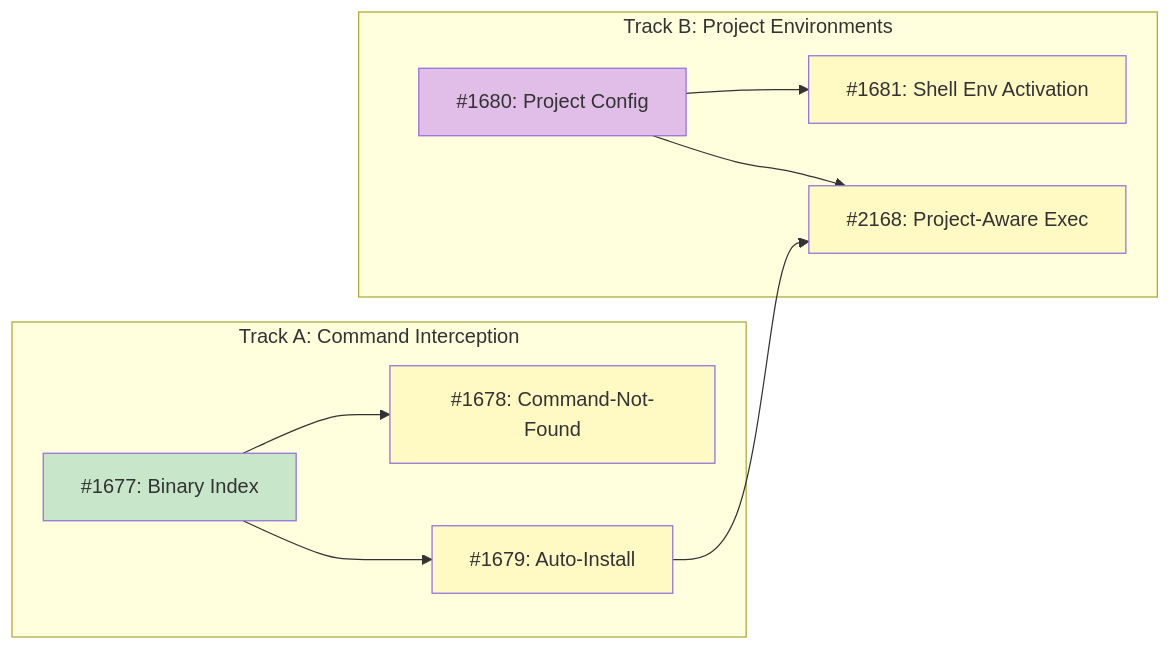
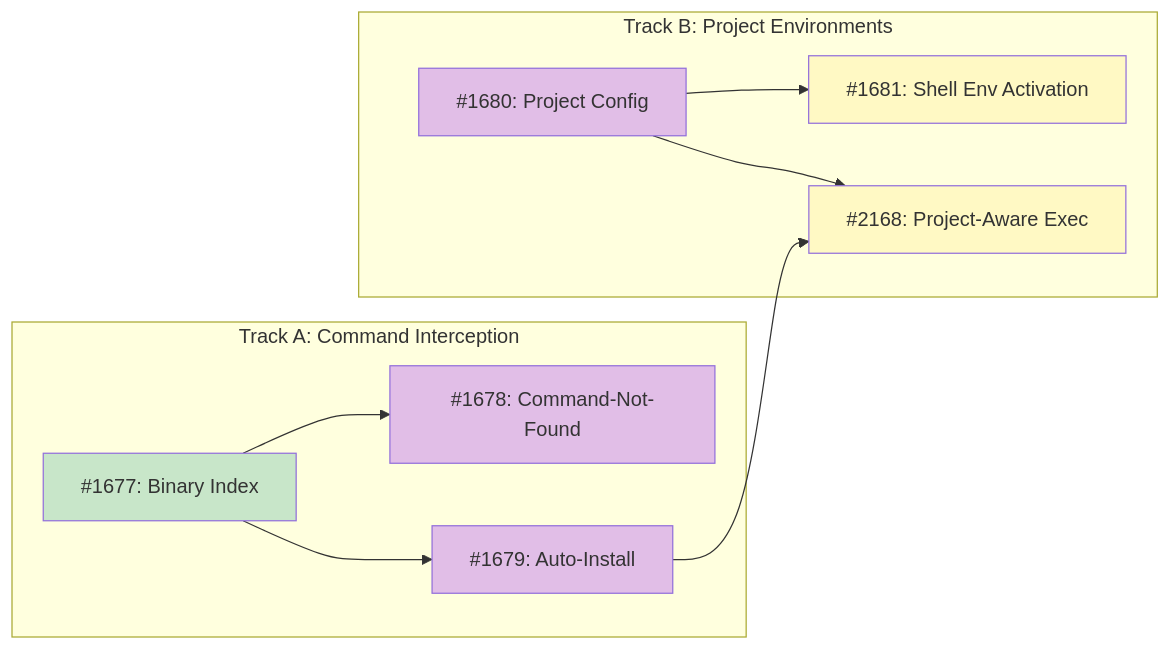
Before and after one commit to tsukumogami/tsuku: the diagram in docs/designs/DESIGN-shell-integration-building-blocks.md, drawn with Mermaid.

Commit message:
fix(docs): update diagram classes for I1678/I1679 (MM16a, MM17)

````diff
--- a/docs/designs/DESIGN-shell-integration-building-blocks.md
+++ b/docs/designs/DESIGN-shell-integration-building-blocks.md
@@ -38,29 +38,30 @@
 ```mermaid
 graph LR
     subgraph TrackA["Track A: Command Interception"]
         I1677["#1677: Binary Index"]
         I1678["#1678: Command-Not-Found"]
         I1679["#1679: Auto-Install"]
     end
 
     subgraph TrackB["Track B: Project Environments"]
         I1680["#1680: Project Config"]
         I1681["#1681: Shell Env Activation"]
         I2168["#2168: Project-Aware Exec"]
     end
 
     I1677 --> I1678
     I1677 --> I1679
     I1680 --> I1681
     I1679 --> I2168
     I1680 --> I2168
 
     classDef done fill:#c8e6c9
     classDef ready fill:#bbdefb
     classDef blocked fill:#fff9c4
     classDef needsDesign fill:#e1bee7
 
     class I1677 done
     class I1680 needsDesign
-    class I1678,I1679,I1681,I2168 blocked
+    class I1678,I1679 needsDesign
+    class I1681,I2168 blocked
 ```
````
